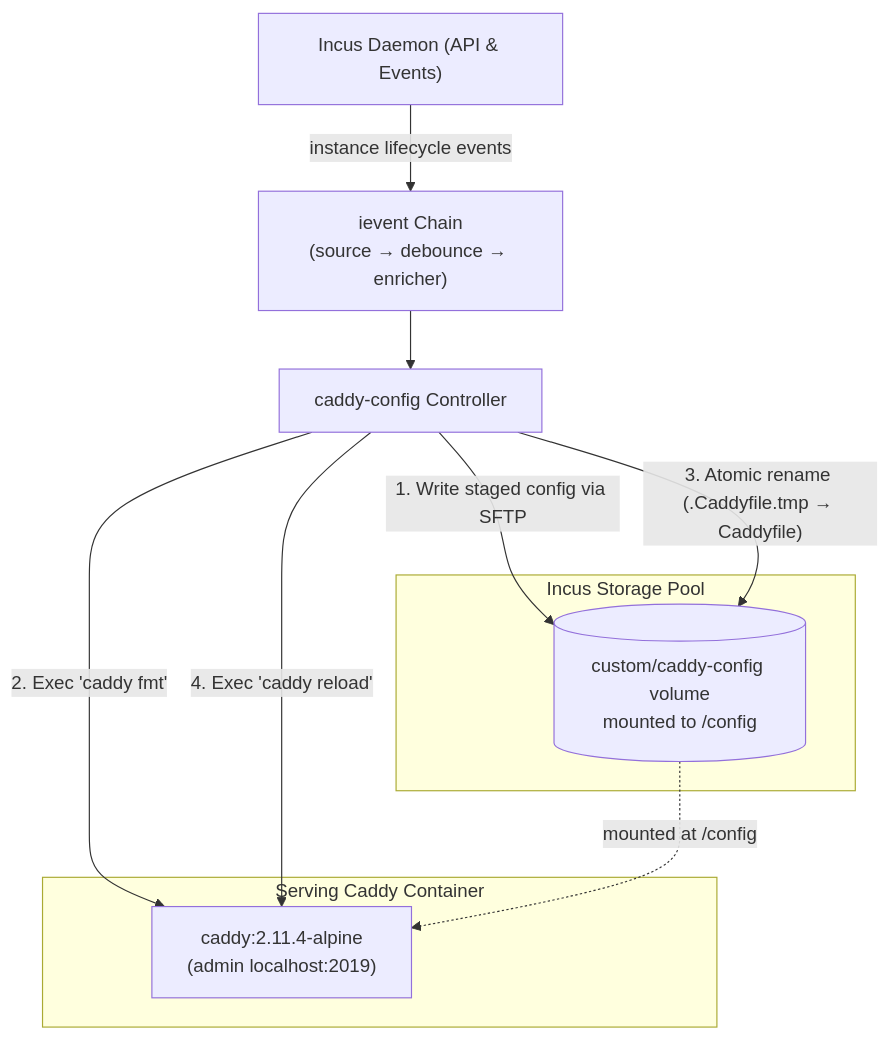
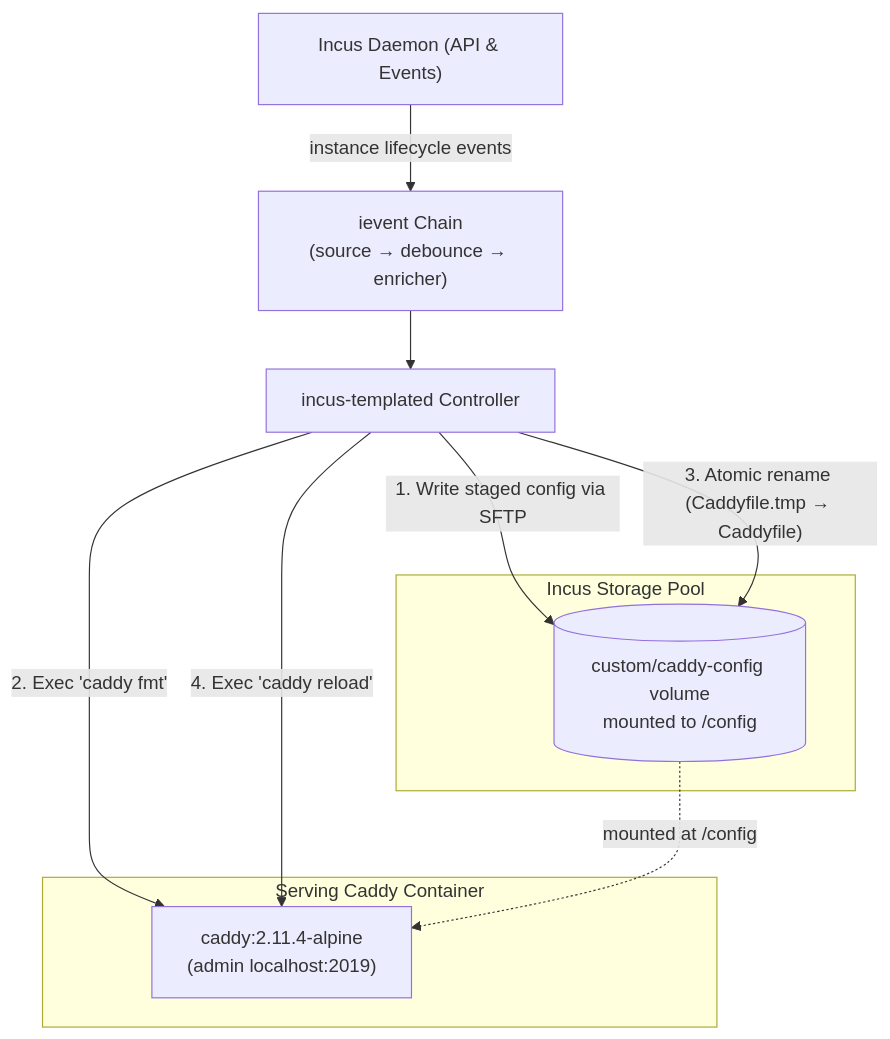
One commit to jochumdev/incus-caddy-config changed the diagram in README.md. Above: the diagram before and after it, drawn with Mermaid. The commit also changed other lines of this file and 8 other files, not shown here.

````diff
--- a/README.md
+++ b/README.md
@@ -44,20 +44,20 @@
 ```mermaid
 flowchart TD
     IncusDaemon["Incus Daemon (API & Events)"] -->|instance lifecycle events| Chain["ievent Chain<br/>(source &rarr; debounce &rarr; enricher)"]
-    Chain --> Plugin["caddy-config Controller"]
+    Chain --> Plugin["incus-templated Controller"]
 
     subgraph Storage["Incus Storage Pool"]
         Vol[("custom/caddy-config volume<br/>mounted to /config")]
     end
 
     subgraph Caddy["Serving Caddy Container"]
         CaddyProc["caddy:2.11.4-alpine<br/>(admin localhost:2019)"]
     end
 
     Plugin -->|"1. Write staged config via SFTP"| Vol
     Plugin -->|"2. Exec 'caddy fmt'"| CaddyProc
-    Plugin -->|"3. Atomic rename (.Caddyfile.tmp &rarr; Caddyfile)"| Vol
+    Plugin -->|"3. Atomic rename (Caddyfile.tmp &rarr; Caddyfile)"| Vol
     Plugin -->|"4. Exec 'caddy reload'"| CaddyProc
 
     Vol -.->|mounted at /config| CaddyProc
 ```
````
